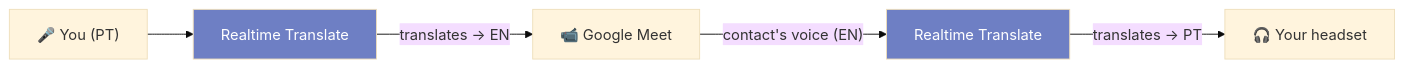
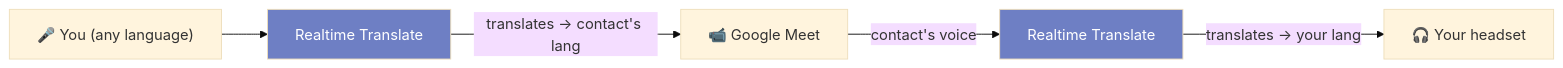
One commit to carlosvictorodrigues/realtime-translate changed the first of 7 diagrams in README.md. Above: the diagram before and after it, drawn with Mermaid (base theme). The commit also changed other lines of this file, not shown here.

First line of the commit message:
README: clarify any-language support, not just PT-EN

````diff
--- a/README.md
+++ b/README.md
@@ -13,10 +14,10 @@
 ```mermaid
 flowchart LR
-    You["🎤 You (PT)"] --> App[Realtime Translate]
-    App -->|"translates → EN"| Meet["📹 Google Meet"]
-    Meet -->|"contact's voice (EN)"| App2[Realtime Translate]
-    App2 -->|"translates → PT"| Headset["🎧 Your headset"]
+    You["🎤 You (any language)"] --> App[Realtime Translate]
+    App -->|"translates → contact's lang"| Meet["📹 Google Meet"]
+    Meet -->|"contact's voice"| App2[Realtime Translate]
+    App2 -->|"translates → your lang"| Headset["🎧 Your headset"]
 
     style App fill:#6e7fc4,color:#fff
     style App2 fill:#6e7fc4,color:#fff
 ```
````
